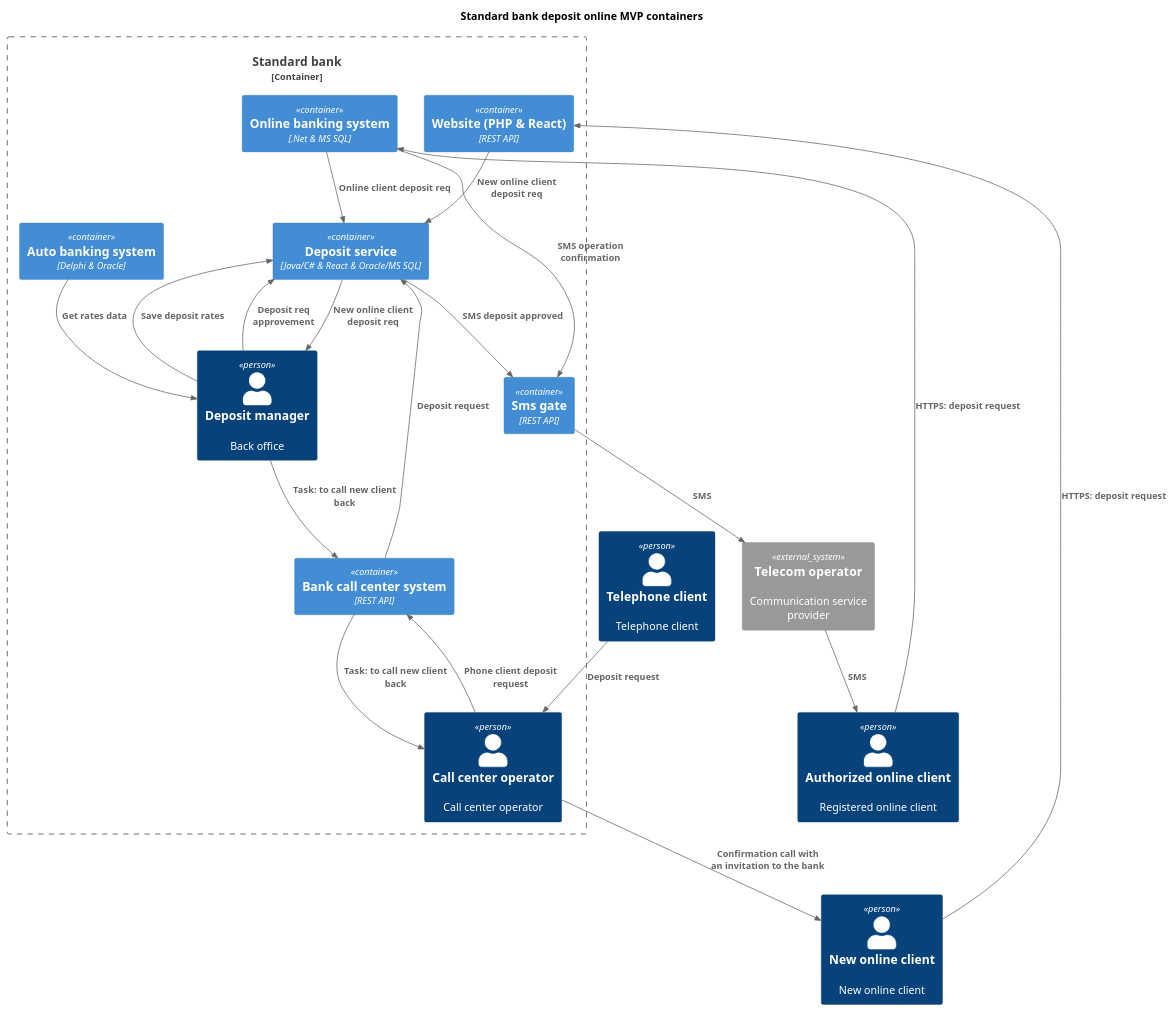
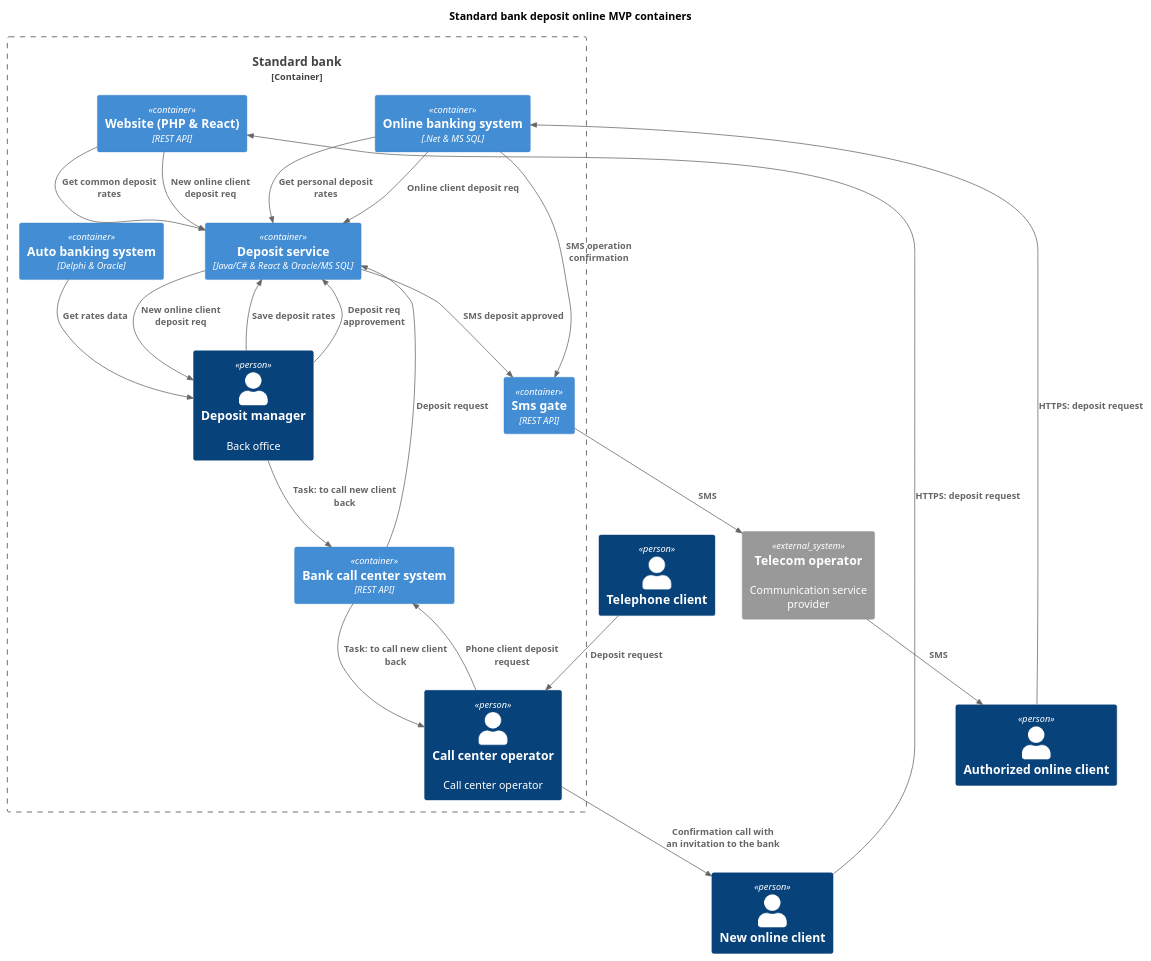
One commit to turistigor/yap-arch-task3-bank changed the diagram in task3_mvp_adrs/deposit_online_mvp_c4_containers.puml. Above: the diagram before and after it, drawn with PlantUML. The commit also changed 26 other files, not shown here.

Commit message:
task 5: credits online

```diff
--- a/task3_mvp_adrs/deposit_online_mvp_c4_containers.puml
+++ b/task3_mvp_adrs/deposit_online_mvp_c4_containers.puml
@@ -1,56 +1,58 @@
 @startuml deposit_online_mvp_containers
 
 ' Initial settings:
 
 title Standard bank deposit online MVP containers
 
 top to bottom direction
 
 !include ../lib/C4_Container.puml
 
 
 ' Actors & components:
 
-Person(new_online_client, "New online client", "New online client")
-Person(online_client, "Authorized online client", "Registered online client")
-Person(phone_client, "Telephone client", "Telephone client")
+Person(new_online_client, "New online client")
+Person(online_client, "Authorized online client")
+Person(phone_client, "Telephone client")
 
 Container_Boundary(bank, "Standard bank") {
     Container(site, "Website (PHP & React)", "REST API")
     Container(on_bank, "Online banking system", ".Net & MS SQL")
     Container(call_center, "Bank call center system", "REST API")
-    Container(dep_serv, "Deposit service", "Java/C# & React & Oracle/MS SQL")
+    Container(deposit_service, "Deposit service", "Java/C# & React & Oracle/MS SQL")
     Container(abs, "Auto banking system", "Delphi & Oracle")
     Container(sms_gate, "Sms gate", "REST API")
 
-    Person(dep_mngr, "Deposit manager", "Back office")
+    Person(deposit_manager, "Deposit manager", "Back office")
     Person(call_center_op, "Call center operator", "Call center operator")
 }
 
 System_Ext(tele_operator, "Telecom operator", "Communication service provider")
 
 
 ' Relations:
 Rel(new_online_client, site, "HTTPS: deposit request")
-Rel(site, dep_serv, "New online client deposit req")
-Rel(dep_serv, dep_mngr, "New online client deposit req")
-Rel(dep_mngr, dep_serv, "Save deposit rates")
-Rel(dep_mngr, call_center, "Task: to call new client back")
-Rel(abs, dep_mngr, "Get rates data")
+Rel(site, deposit_service, "New online client deposit req")
+Rel(site, deposit_service, "Get common deposit rates")
+Rel(deposit_service, deposit_manager, "New online client deposit req")
+Rel(deposit_manager, deposit_service, "Save deposit rates")
+Rel(deposit_manager, call_center, "Task: to call new client back")
+Rel(abs, deposit_manager, "Get rates data")
 Rel(call_center, call_center_op, "Task: to call new client back")
 Rel(call_center_op, new_online_client, "Confirmation call with an invitation to the bank")
 
 Rel(online_client, on_bank, "HTTPS: deposit request")
-Rel(on_bank, dep_serv, "Online client deposit req")
+Rel(on_bank, deposit_service, "Online client deposit req")
+Rel(on_bank, deposit_service, "Get personal deposit rates")
 Rel(on_bank, sms_gate, "SMS operation confirmation")
-Rel(dep_mngr, dep_serv, "Deposit req approvement")
-Rel(dep_serv, sms_gate, "SMS deposit approved")
+Rel(deposit_manager, deposit_service, "Deposit req approvement")
+Rel(deposit_service, sms_gate, "SMS deposit approved")
 
 Rel(sms_gate, tele_operator, "SMS")
 Rel(tele_operator, online_client, "SMS")
 
 Rel(phone_client, call_center_op, "Deposit request")
 Rel(call_center_op, call_center, "Phone client deposit request")
-Rel(call_center, dep_serv, "Deposit request")
+Rel(call_center, deposit_service, "Deposit request")
 
 @enduml
```
